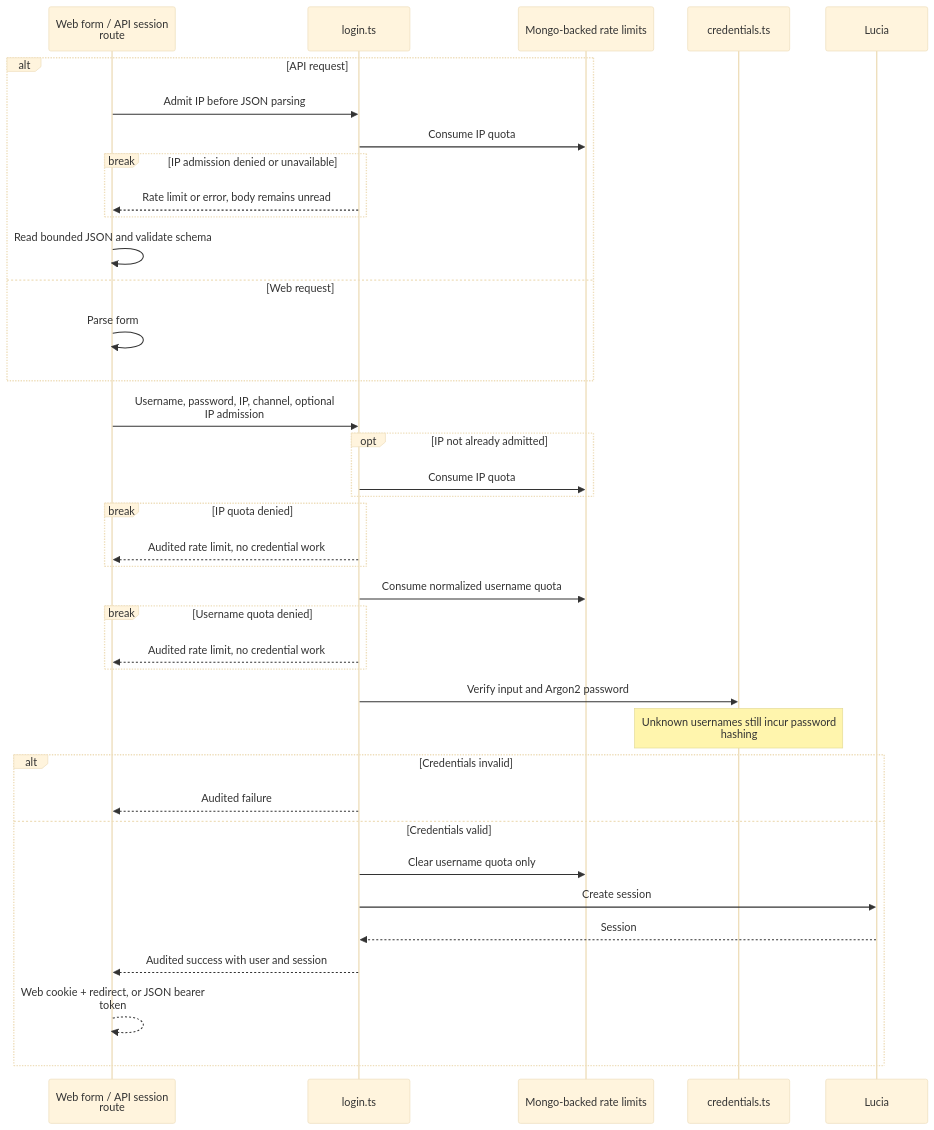
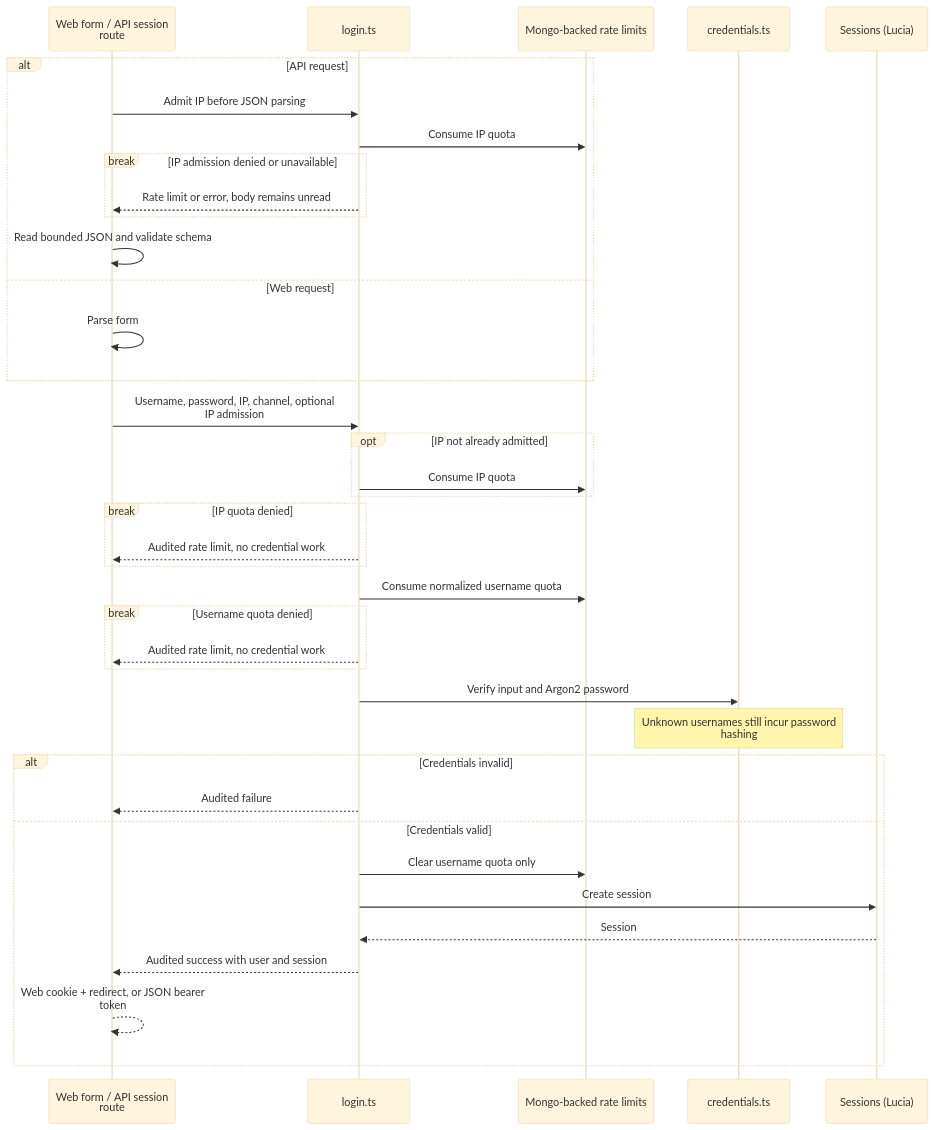
Before and after one commit to jonathan-lindqvist/enstorstarkreview: the diagram in src/lib/server/login/README.md, drawn with Mermaid (base theme). The commit also changed other lines of this file and 21 other files, not shown here.

````diff
--- a/src/lib/server/login/README.md
+++ b/src/lib/server/login/README.md
@@ -10,40 +10,40 @@
 ```mermaid
 sequenceDiagram
     participant Route as Web form / API session<br/>route
     participant Login as login.ts
     participant Limits as Mongo-backed rate limits
     participant Credentials as credentials.ts
-    participant Session as Lucia
+    participant Session as Sessions (Lucia)
     alt API request
         Route->>Login: Admit IP before JSON parsing
         Login->>Limits: Consume IP quota
         break IP admission denied or unavailable
             Login-->>Route: Rate limit or error, body remains unread
         end
         Route->>Route: Read bounded JSON and validate schema
     else Web request
         Route->>Route: Parse form
     end
     Route->>Login: Username, password, IP, channel, optional<br/>IP admission
     opt IP not already admitted
         Login->>Limits: Consume IP quota
     end
     break IP quota denied
         Login-->>Route: Audited rate limit, no credential work
     end
     Login->>Limits: Consume normalized username quota
     break Username quota denied
         Login-->>Route: Audited rate limit, no credential work
     end
     Login->>Credentials: Verify input and Argon2 password
     Note over Credentials: Unknown usernames still incur password<br/>hashing
     alt Credentials invalid
         Login-->>Route: Audited failure
     else Credentials valid
         Login->>Limits: Clear username quota only
         Login->>Session: Create session
         Session-->>Login: Session
         Login-->>Route: Audited success with user and session
         Route-->>Route: Web cookie + redirect, or JSON bearer<br/>token
     end
 ```
````
